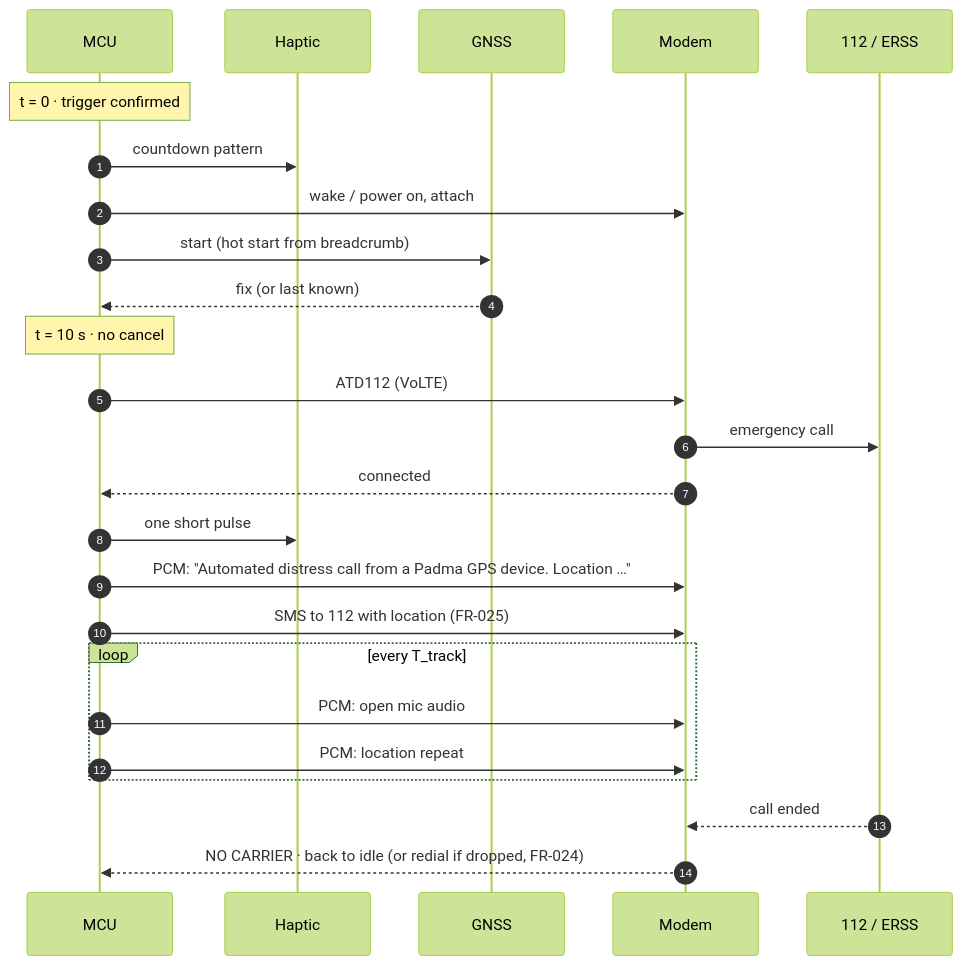
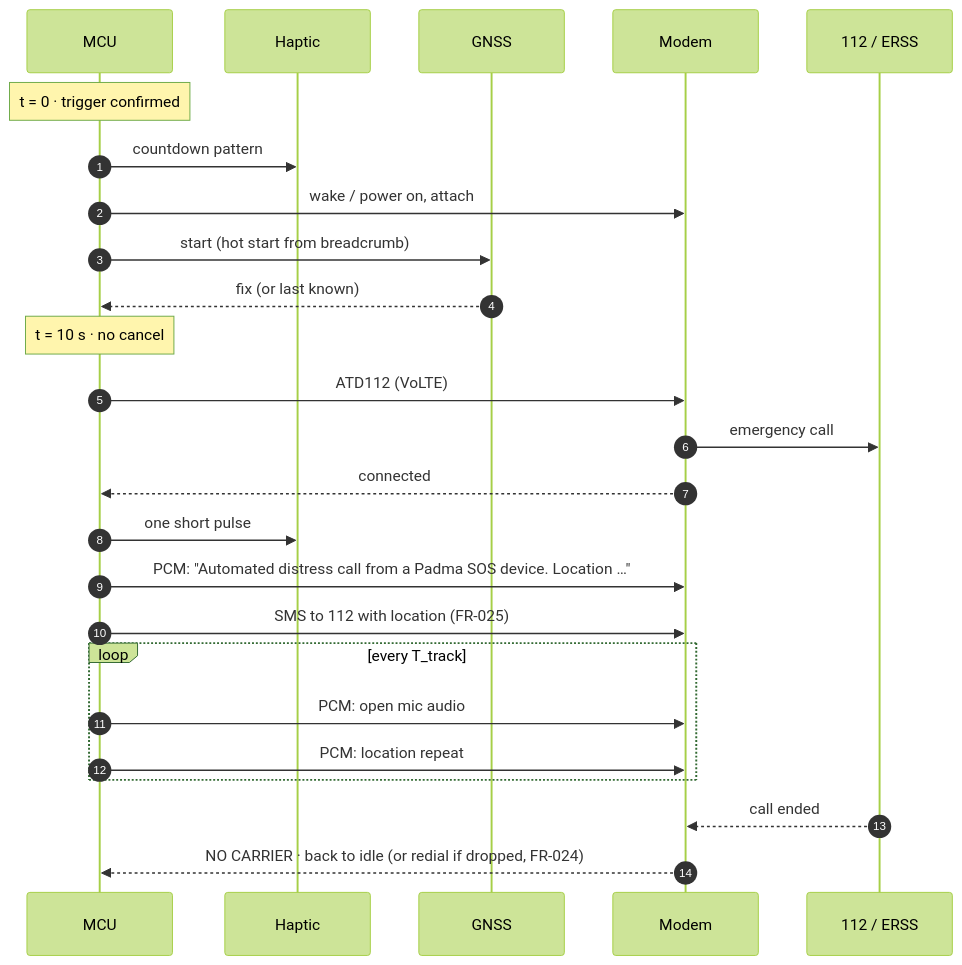
One commit to OpenSourceProductDesigns/padma-gps changed the fourth of 4 diagrams in docs/architecture/01-system-block-diagram.md. Above: the diagram before and after it, drawn with Mermaid (forest theme). The commit also changed 8 other files, not shown here.

Commit message:
Rename padma-gps to padma-sos in all documentation

````diff
--- a/docs/architecture/01-system-block-diagram.md
+++ b/docs/architecture/01-system-block-diagram.md
@@ -143,28 +143,28 @@
 ```mermaid
 sequenceDiagram
     autonumber
     participant MCU
     participant HAP as Haptic
     participant GNSS
     participant MOD as Modem
     participant ERSS as 112 / ERSS
 
     Note over MCU: t = 0 · trigger confirmed
     MCU->>HAP: countdown pattern
     MCU->>MOD: wake / power on, attach
     MCU->>GNSS: start (hot start from breadcrumb)
     GNSS-->>MCU: fix (or last known)
     Note over MCU: t = 10 s · no cancel
     MCU->>MOD: ATD112 (VoLTE)
     MOD->>ERSS: emergency call
     MOD-->>MCU: connected
     MCU->>HAP: one short pulse
-    MCU->>MOD: PCM: "Automated distress call from a Padma GPS device. Location …"
+    MCU->>MOD: PCM: "Automated distress call from a Padma SOS device. Location …"
     MCU->>MOD: SMS to 112 with location (FR-025)
     loop every T_track
         MCU->>MOD: PCM: open mic audio
         MCU->>MOD: PCM: location repeat
     end
     ERSS-->>MOD: call ended
     MOD-->>MCU: NO CARRIER · back to idle (or redial if dropped, FR-024)
 ```
````
